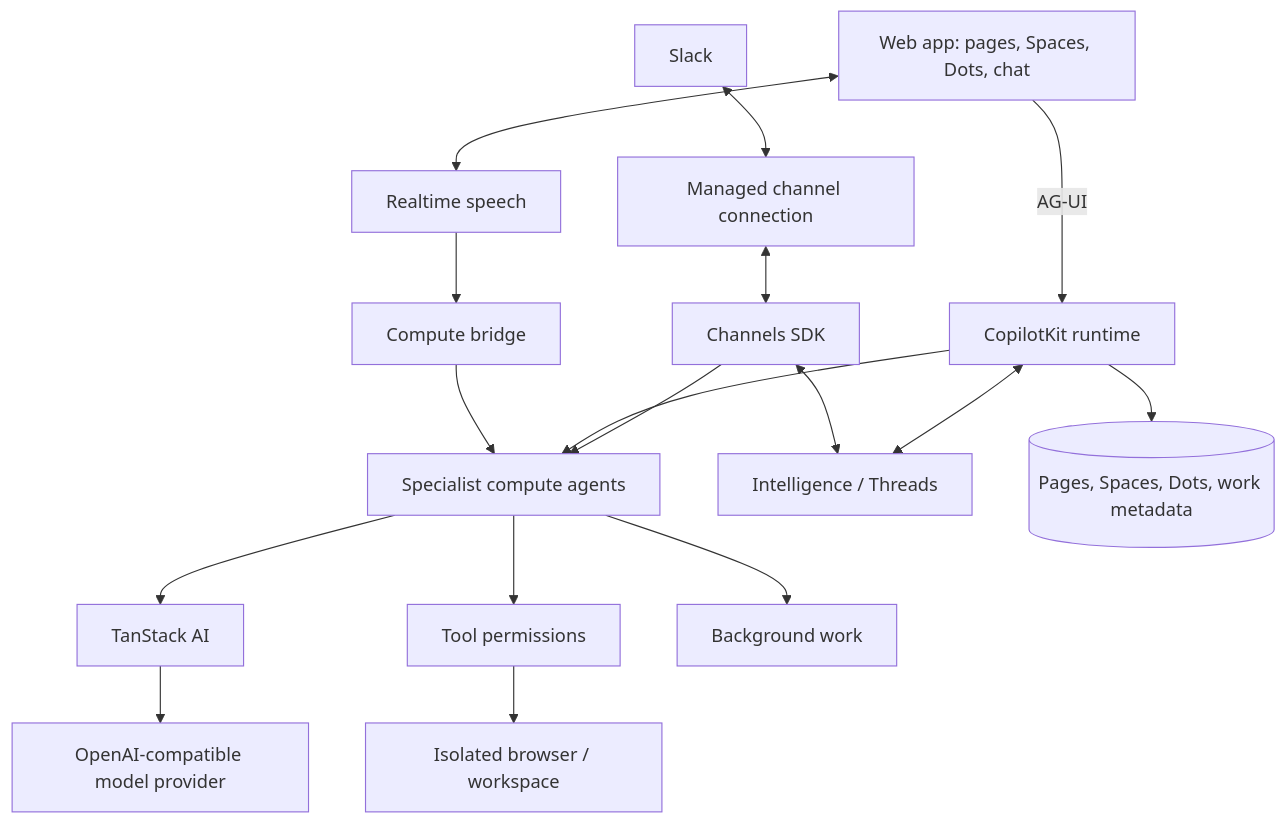
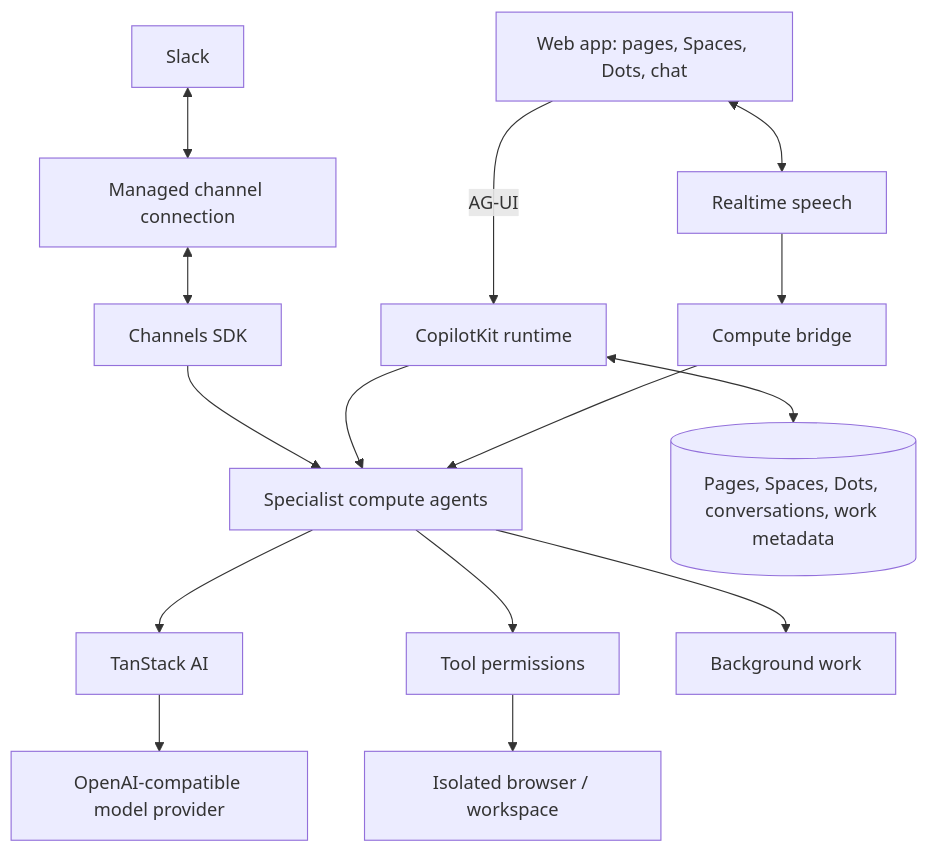
The diagram in README.md (90sRehem/OpenDots), drawn with Mermaid before and after one commit. The commit also changed other lines of this file and 18 other files, not shown here.

````diff
--- a/README.md
+++ b/README.md
@@ -133,19 +133,17 @@
 ```mermaid
 flowchart TB
   Web["Web app: pages, Spaces, Dots, chat"] -->|AG-UI| Runtime[CopilotKit runtime]
   Slack[Slack] <--> Managed[Managed channel connection]
   Managed <--> Channels[Channels SDK]
   Channels --> Agents[Specialist compute agents]
   Runtime --> Agents
   Agents --> AI[TanStack AI]
   AI --> Provider[OpenAI-compatible model provider]
-  Runtime <--> Intelligence["Intelligence / Threads"]
-  Channels <--> Intelligence
   Web <--> Speech[Realtime speech]
   Speech --> Bridge[Compute bridge]
   Bridge --> Agents
   Agents --> Controls[Tool permissions]
   Controls --> Computer[Isolated browser / workspace]
   Agents --> Jobs[Background work]
-  Runtime --> Metadata[(Pages, Spaces, Dots, work metadata)]
+  Runtime <--> SQLite[(Pages, Spaces, Dots, conversations, work metadata)]
 ```
````
